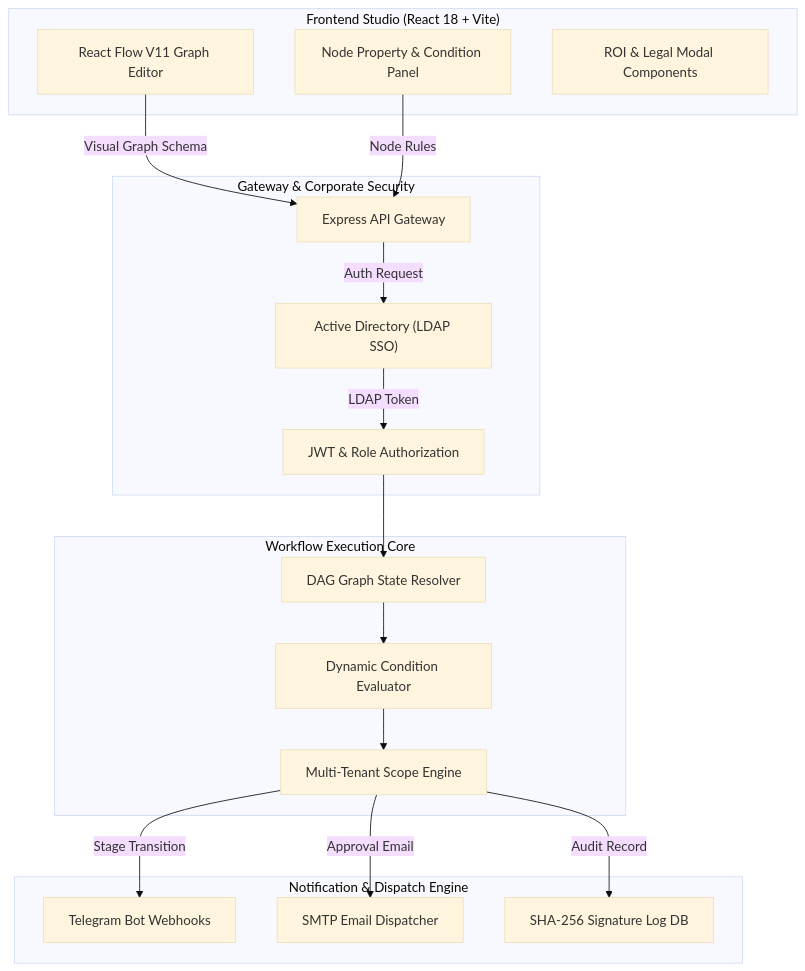
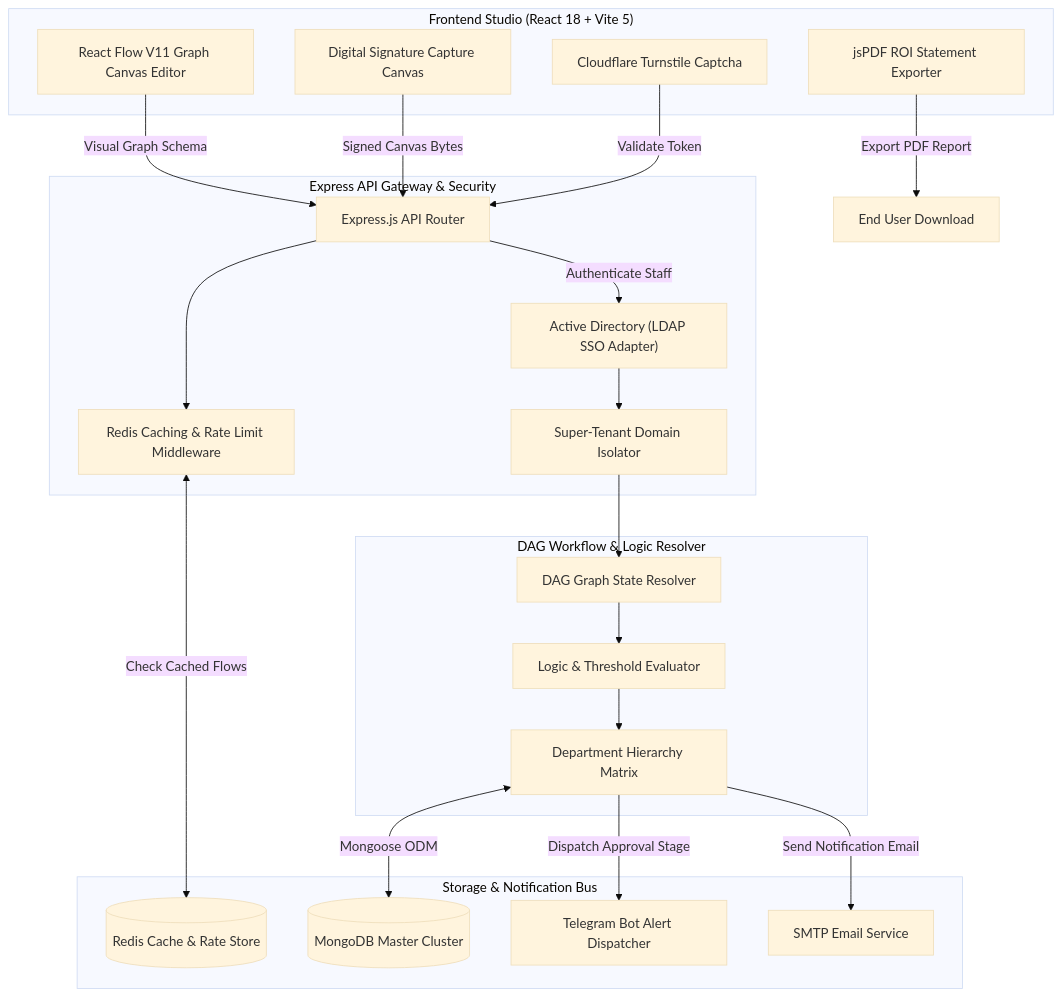
The first of 6 diagrams in README.md (Ham144/Ham144), drawn with Mermaid (base theme) before and after one commit. The commit also changed other lines of this file, not shown here.

Commit message:
docs: upgrade Approva.ai with super-tenant scope, Redis caching, digital signatures, Turnstile captcha, and full Mermaid spec

````diff
--- a/README.md
+++ b/README.md
@@ -73,37 +75,44 @@
 ```mermaid
 graph TB
-    subgraph Client_Layer["Frontend Studio (React 18 + Vite)"]
-        UI["React Flow V11 Graph Editor"]
-        Props["Node Property & Condition Panel"]
-        ROI["ROI & Legal Modal Components"]
+    subgraph Client_Studio["Frontend Studio (React 18 + Vite 5)"]
+        Canvas["React Flow V11 Graph Canvas Editor"]
+        SignatureCanvas["Digital Signature Capture Canvas"]
+        ROIExporter["jsPDF ROI Statement Exporter"]
+        Turnstile["Cloudflare Turnstile Captcha"]
     end
 
-    subgraph Auth_Gateway["Gateway & Corporate Security"]
-        Gateway["Express API Gateway"]
-        AD["Active Directory (LDAP SSO)"]
-        JWT["JWT & Role Authorization"]
+    subgraph Security_Gateway["Express API Gateway & Security"]
+        ExpressRouter["Express.js API Router"]
+        RedisMiddleware["Redis Caching & Rate Limit Middleware"]
+        LDAP_Auth["Active Directory (LDAP SSO Adapter)"]
+        SuperTenantGuard["Super-Tenant Domain Isolator"]
     end
 
-    subgraph Engine_Core["Workflow Execution Core"]
-        DAG["DAG Graph State Resolver"]
-        Evaluator["Dynamic Condition Evaluator"]
-        Tenant["Multi-Tenant Scope Engine"]
+    subgraph Workflow_Engine["DAG Workflow & Logic Resolver"]
+        DAG_Resolver["DAG Graph State Resolver"]
+        LogicMatcher["Logic & Threshold Evaluator"]
+        DeptMatrix["Department Hierarchy Matrix"]
     end
 
-    subgraph Dispatch_Bus["Notification & Dispatch Engine"]
-        Telegram["Telegram Bot Webhooks"]
-        Mailer["SMTP Email Dispatcher"]
-        Audit["SHA-256 Signature Log DB"]
+    subgraph Integration_Storage["Storage & Notification Bus"]
+        RedisStore[(Redis Cache & Rate Store)]
+        MongoDB[(MongoDB Master Cluster)]
+        TelegramBot["Telegram Bot Alert Dispatcher"]
+        SMTPMail["SMTP Email Service"]
     end
 
-    UI -->|Visual Graph Schema| Gateway
-    Props -->|Node Rules| Gateway
-    Gateway -->|Auth Request| AD
-    AD -->|LDAP Token| JWT
-    JWT --> DAG
-    DAG --> Evaluator
-    Evaluator --> Tenant
-    Tenant -->|Stage Transition| Telegram
-    Tenant -->|Approval Email| Mailer
-    Tenant -->|Audit Record| Audit
+    Canvas -->|Visual Graph Schema| ExpressRouter
+    SignatureCanvas -->|Signed Canvas Bytes| ExpressRouter
+    Turnstile -->|Validate Token| ExpressRouter
+    ExpressRouter --> RedisMiddleware
+    RedisMiddleware <-->|Check Cached Flows| RedisStore
+    ExpressRouter -->|Authenticate Staff| LDAP_Auth
+    LDAP_Auth --> SuperTenantGuard
+    SuperTenantGuard --> DAG_Resolver
+    DAG_Resolver --> LogicMatcher
+    LogicMatcher --> DeptMatrix
+    DeptMatrix <-->|Mongoose ODM| MongoDB
+    DeptMatrix -->|Dispatch Approval Stage| TelegramBot
+    DeptMatrix -->|Send Notification Email| SMTPMail
+    ROIExporter -->|Export PDF Report| ClientUser[End User Download]
 ```
````
